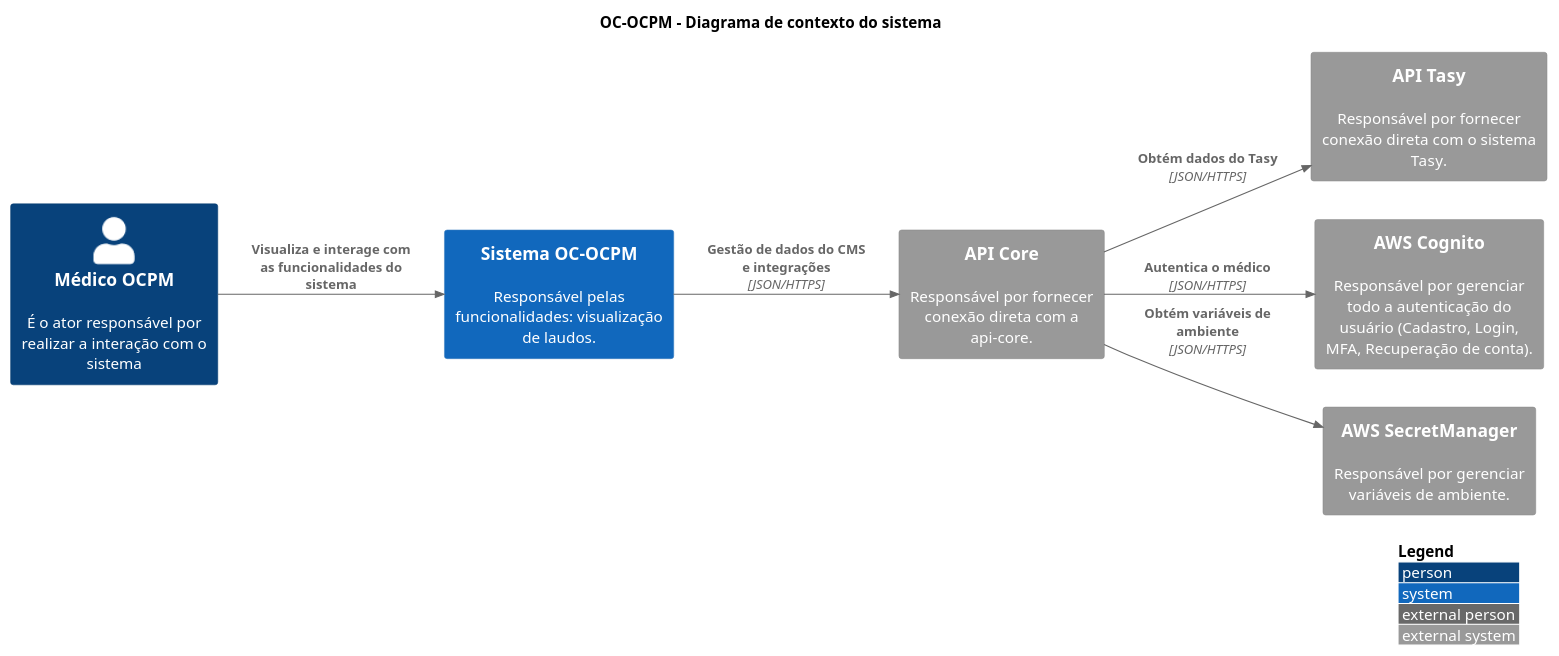
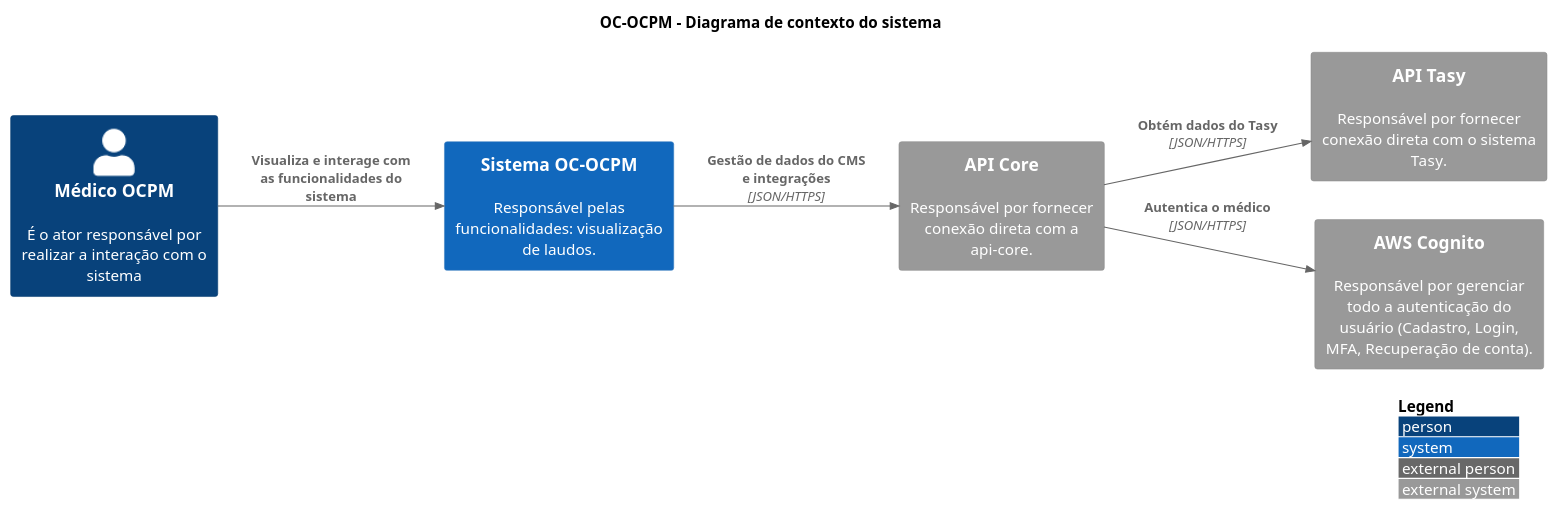
The diagram in src/OC-OCPM/C1. Visão Geral/context.puml (luizggbasedigital/poc-oc-docs), drawn with PlantUML before and after one commit. The commit also changed 7 other files, not shown here.

```diff
--- a/src/OC-OCPM/C1. Visão Geral/context.puml
+++ b/src/OC-OCPM/C1. Visão Geral/context.puml
@@ -1,37 +1,36 @@
 @startuml "Context Diagram"
 
 title "OC-OCPM - Diagrama de contexto do sistema"
 
 !include https://raw.githubusercontent.com/adrianvlupu/C4-PlantUML/latest/C4_Context.puml
 
 LAYOUT_WITH_LEGEND()
 LAYOUT_LEFT_RIGHT()
 
 skinparam backgroundcolor transparent
 
 /'Actors'/
 Person(ActorOCPMPhysician, "Médico OCPM", "É o ator responsável por realizar a interação com o sistema")
 
 /'Internal Systems'/
 System(SystemOCOCPM, "Sistema OC-OCPM", "Responsável pelas funcionalidades: visualização de laudos.")
 
 /'External Systems'/
 System_Ext(SystemTasyApi, "API Tasy", "Responsável por fornecer conexão direta com o sistema Tasy.")
 
 /'API-Core Systems'/
 System_Ext(SystemApiCore, "API Core", "Responsável por fornecer conexão direta com a api-core.")
 
 /'AWS Systems'/
 System_Ext(SystemAWSCognito, "AWS Cognito", "Responsável por gerenciar todo a autenticação do usuário (Cadastro, Login, MFA, Recuperação de conta).")
-System_Ext(SystemAWSSecretManager, "AWS SecretManager", "Responsável por gerenciar variáveis de ambiente.")
+
 
 /'Relations'/
 Rel(ActorOCPMPhysician, SystemOCOCPM, "Visualiza e interage com as funcionalidades do sistema")
 
 /'API-Core Integrations'/
 Rel(SystemOCOCPM, SystemApiCore, "Gestão de dados do CMS e integrações", "JSON/HTTPS")
 Rel(SystemApiCore, SystemTasyApi, "Obtém dados do Tasy", "JSON/HTTPS")
 Rel(SystemApiCore, SystemAWSCognito, "Autentica o médico", "JSON/HTTPS")
-Rel(SystemApiCore, SystemAWSSecretManager, "Obtém variáveis de ambiente", "JSON/HTTPS")
 
 @enduml
```
